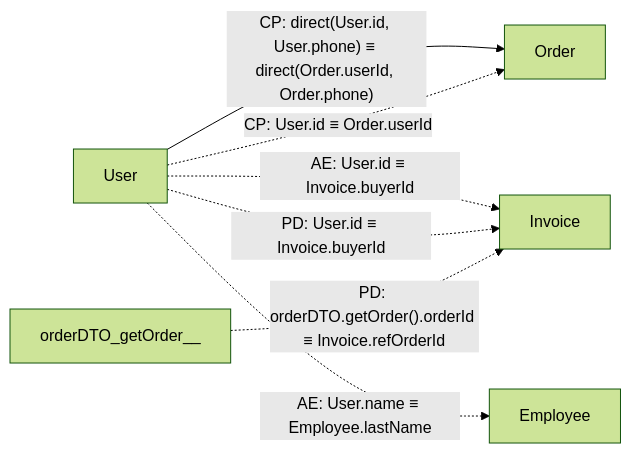
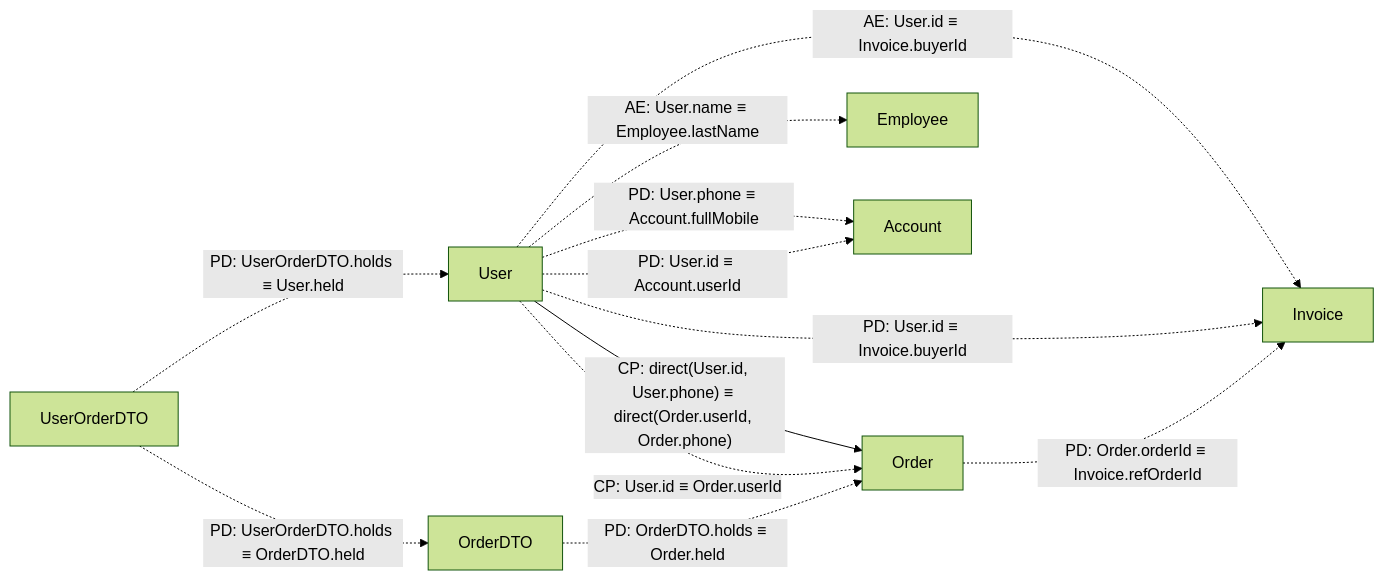
One commit to LIngcheng-zeng/classRelation changed the diagram in classRelationTestCode.md. Above: the diagram before and after it, drawn with Mermaid (forest theme). The commit also changed other lines of this file and 3 other files, not shown here.

````diff
--- a/classRelationTestCode.md
+++ b/classRelationTestCode.md
@@ -14,9 +14,14 @@
 ```mermaid
 flowchart LR
     User -->|"CP: direct(User.id, User.phone) ≡ direct(Order.userId, Order.phone)"| Order
     User -.->|"CP: User.id ≡ Order.userId"| Order
     User -.->|"AE: User.id ≡ Invoice.buyerId"| Invoice
     User -.->|"PD: User.id ≡ Invoice.buyerId"| Invoice
     User -.->|"AE: User.name ≡ Employee.lastName"| Employee
-    orderDTO_getOrder__ -.->|"PD: orderDTO.getOrder().orderId ≡ Invoice.refOrderId"| Invoice
+    OrderDTO -.->|"PD: OrderDTO.holds ≡ Order.held"| Order
+    UserOrderDTO -.->|"PD: UserOrderDTO.holds ≡ OrderDTO.held"| OrderDTO
+    UserOrderDTO -.->|"PD: UserOrderDTO.holds ≡ User.held"| User
+    User -.->|"PD: User.phone ≡ Account.fullMobile"| Account
+    User -.->|"PD: User.id ≡ Account.userId"| Account
+    Order -.->|"PD: Order.orderId ≡ Invoice.refOrderId"| Invoice
 ```
````
